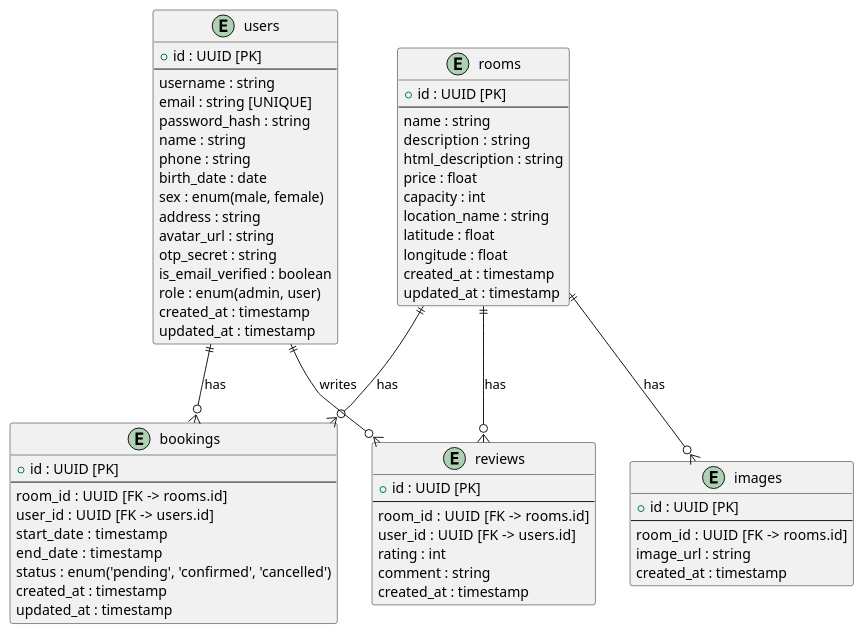
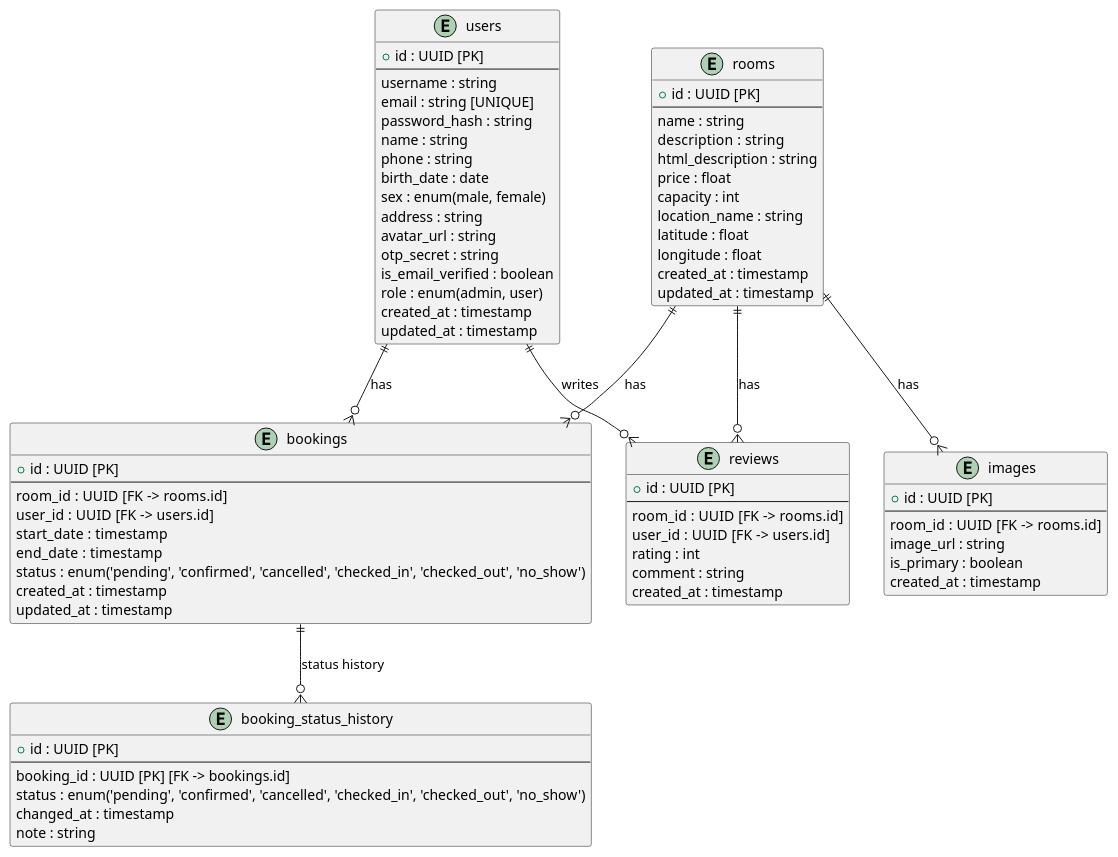
The diagram in docs/erd.puml (tacsquang/ProMeet), drawn with PlantUML before and after one commit. The commit also changed 8 other files, not shown here.

```diff
--- a/docs/erd.puml
+++ b/docs/erd.puml
@@ -1,71 +1,82 @@
 @startuml ERD
 entity "users" as U {
   + id : UUID [PK]
   --
   username : string
   email : string [UNIQUE]
   password_hash : string
   name : string
   phone : string
   birth_date : date
   sex : enum(male, female)
   address : string
   avatar_url : string
   otp_secret : string
   is_email_verified : boolean
   role : enum(admin, user)
   created_at : timestamp
   updated_at : timestamp
 }
 
 entity "rooms" as R {
   + id : UUID [PK]
   --
   name : string
   description  : string
   html_description : string
   price : float
   capacity : int
   location_name : string
   latitude : float
   longitude : float
   created_at : timestamp
   updated_at : timestamp
 }
 
 entity "bookings" as B {
   + id : UUID [PK]
   --
   room_id  : UUID [FK -> rooms.id]
   user_id  : UUID [FK -> users.id]
   start_date  : timestamp
   end_date  : timestamp
-  status : enum('pending', 'confirmed', 'cancelled')
+  status : enum('pending', 'confirmed', 'cancelled', 'checked_in', 'checked_out', 'no_show')
   created_at : timestamp
   updated_at : timestamp
+}
+
+entity "booking_status_history" as BS {
+  + id : UUID [PK]
+  --
+  booking_id : UUID [PK] [FK -> bookings.id]
+  status : enum('pending', 'confirmed', 'cancelled', 'checked_in', 'checked_out', 'no_show')
+  changed_at : timestamp
+  note : string
 }
 
 entity "reviews" as RE {
   + id : UUID [PK]
   --
   room_id  : UUID [FK -> rooms.id]
   user_id  : UUID [FK -> users.id]
   rating : int
   comment : string
   created_at : timestamp
 }
 
 entity "images" as I {
   + id : UUID [PK]
   --
   room_id  : UUID [FK -> rooms.id]
   image_url : string
+  is_primary : boolean
   created_at : timestamp
 }
 
 U ||--o{ B : "has"
 R ||--o{ B : "has"
 R ||--o{ I : "has"
 U ||--o{ RE : "writes"
 R ||--o{ RE : "has"
+B ||--o{ BS : "status history"
 @enduml
```
